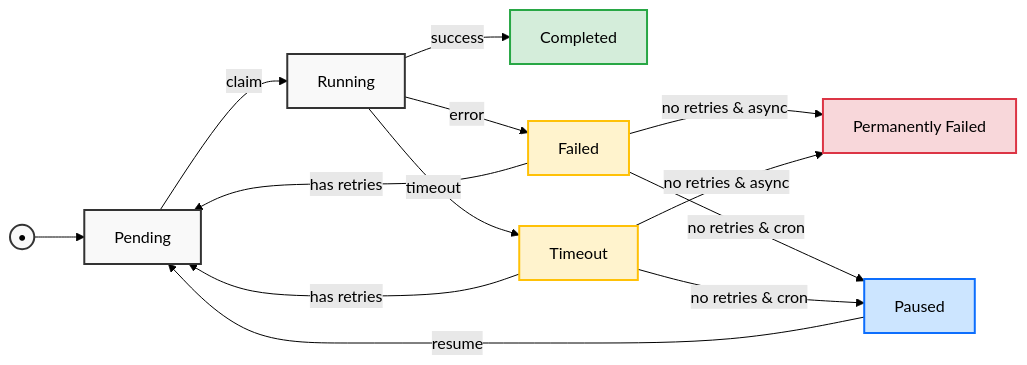
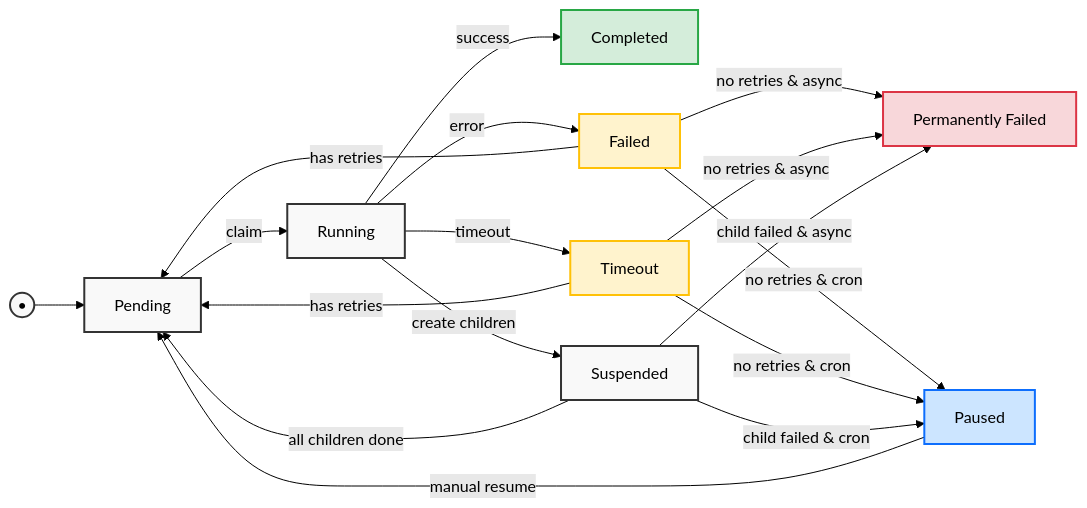
Before and after one commit to fibjs/fib-flow: the diagram in README.md, drawn with Mermaid (forest theme). The commit also changed other lines of this file and 9 other files, not shown here.

````diff
--- a/README.md
+++ b/README.md
@@ -121,38 +148,49 @@
 ```mermaid
 graph LR
     %% Nodes
     init((•)) --> pending
     pending[Pending]
     running[Running]
     completed[Completed]
     failed[Failed]
     timeout[Timeout]
     permanently_failed[Permanently Failed]
     paused[Paused]
+    suspended[Suspended]
     
-    %% State transitions
+    %% Basic transitions
     pending --> |"claim"| running
     running --> |"success"| completed
     running --> |"error"| failed
     running --> |"timeout"| timeout
+    
+    %% Retry transitions
     failed --> |"has retries"| pending
     timeout --> |"has retries"| pending
     failed --> |"no retries & async"| permanently_failed
     timeout --> |"no retries & async"| permanently_failed
     failed --> |"no retries & cron"| paused
     timeout --> |"no retries & cron"| paused
-    paused --> |"resume"| pending
+    
+    %% Workflow transitions
+    running --> |"create children"| suspended
+    suspended --> |"all children done"| pending
+    suspended --> |"child failed & async"| permanently_failed
+    suspended --> |"child failed & cron"| paused
+    
+    %% Recovery
+    paused --> |"manual resume"| pending
     
     %% Styling
     classDef default fill:#f9f9f9,stroke:#333,stroke-width:2px
     classDef active fill:#d4edda,stroke:#28a745
     classDef error fill:#f8d7da,stroke:#dc3545
     classDef warning fill:#fff3cd,stroke:#ffc107
     classDef info fill:#cce5ff,stroke:#0d6efd
     
-    class pending,running default
+    class pending,running,suspended default
     class completed active
     class failed,timeout warning
     class permanently_failed error
     class paused info
 ```
````
